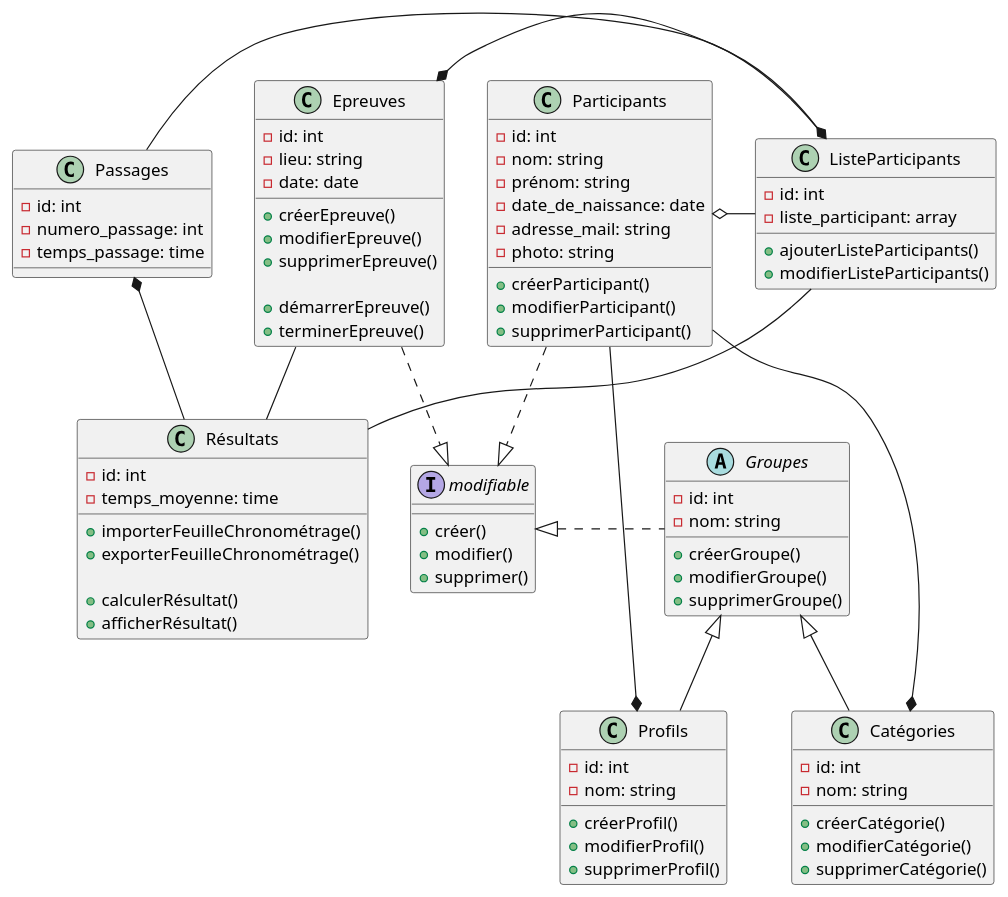
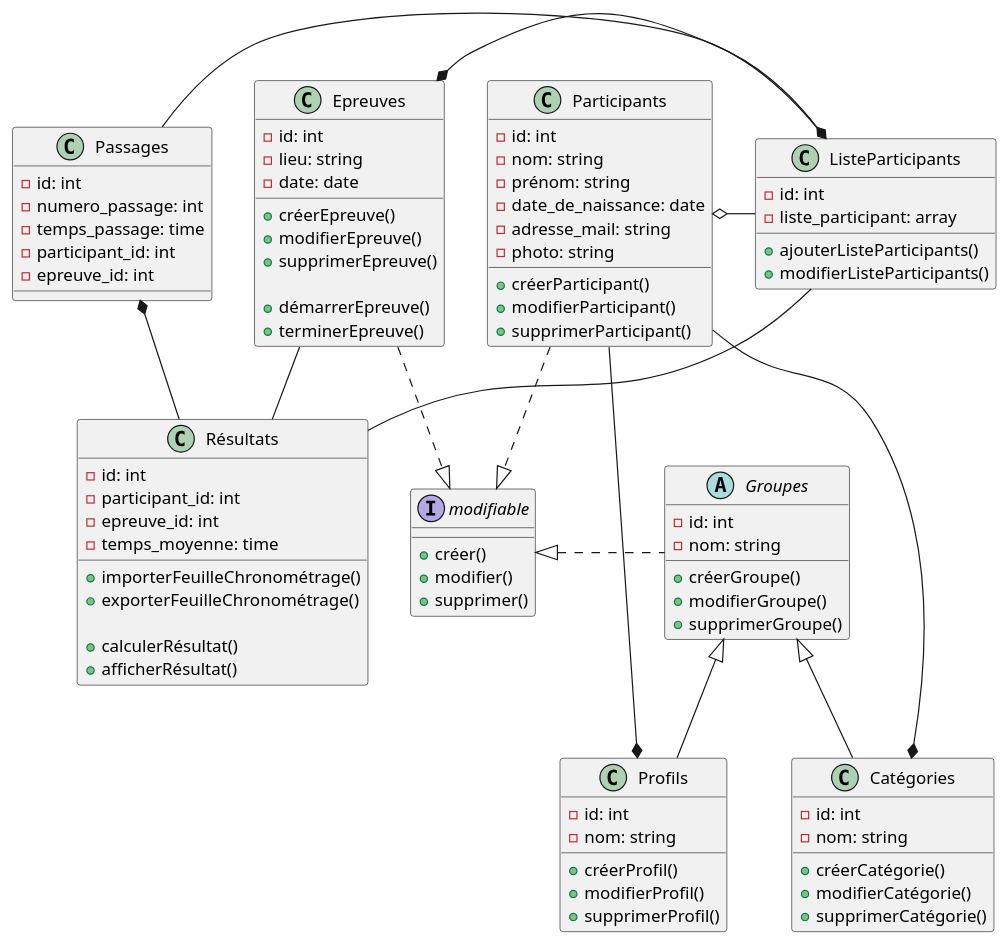
Before and after one commit to danielp67/Ski_Championship_Manager_PHP: the diagram in diagram/diag_championnat_ski.plantuml, drawn with PlantUML. The commit also changed 30 other files, not shown here.

```diff
--- a/diagram/diag_championnat_ski.plantuml
+++ b/diagram/diag_championnat_ski.plantuml
@@ -1,109 +1,113 @@
 @startuml championnat_ski
 
 class Epreuves{
     - id: int
     - lieu: string
     - date: date
 
     + créerEpreuve()
     + modifierEpreuve()
     + supprimerEpreuve()
 
     + démarrerEpreuve()
     + terminerEpreuve()
 }
 
 class ListeParticipants{
     - id: int
     - liste_participant: array
 
     + ajouterListeParticipants()
     + modifierListeParticipants()
 }
 
 class Participants{
     - id: int
     - nom: string
     - prénom: string
     - date_de_naissance: date
     - adresse_mail: string
     - photo: string
 
     + créerParticipant()
     + modifierParticipant()
     + supprimerParticipant()
 
 }
 
 class Passages{
     - id: int
     - numero_passage: int
     - temps_passage: time
+    - participant_id: int
+    - epreuve_id: int
 
 }
 
 class Résultats{
     - id: int
+    - participant_id: int
+    - epreuve_id: int
     - temps_moyenne: time
 
     + importerFeuilleChronométrage()
     + exporterFeuilleChronométrage()
 
     + calculerRésultat()
     + afficherRésultat()
 }
 
 abstract class Groupes{
     - id: int
     - nom: string
 
     + créerGroupe()
     + modifierGroupe()
     + supprimerGroupe()
 }
 
 class Catégories{
     - id: int
     - nom: string
 
     + créerCatégorie()
     + modifierCatégorie()
     + supprimerCatégorie()
 }
 
 class Profils{
     - id: int
     - nom: string
     
     + créerProfil()
     + modifierProfil()
     + supprimerProfil()
 }
 
 interface modifiable
 {
     + créer()
     + modifier()
     + supprimer()
 }
 
 
 Epreuves .right.|> modifiable
 Participants ..|> modifiable
 Groupes .left.|> modifiable
 
 Groupes <|-- Catégories
 Groupes <|-- Profils
 
 Epreuves *-right- ListeParticipants
 ListeParticipants -left-o Participants
 
 ListeParticipants *-left- Passages
 Passages *-right- Résultats
 Epreuves -- Résultats
 ListeParticipants -- Résultats
 Participants --* Profils
 Participants --* Catégories
 
  
 @enduml
```
